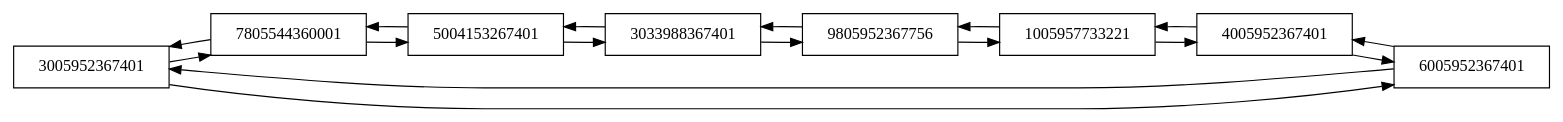
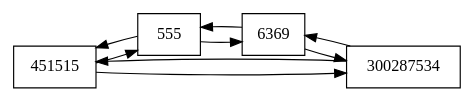
Before and after one commit to Angel357/-EDD-Proyecto2: the diagram in Proyecto2/graphListaC.dot, drawn with Graphviz. The commit also changed 28 other files, not shown here.

```diff
--- a/Proyecto2/graphListaC.dot
+++ b/Proyecto2/graphListaC.dot
@@ -1,28 +1,16 @@
 digraph {
 node[shape=box];
 rankdir=LR;
-3005952367401[shape=box, label="3005952367401"]; 
-3005952367401->7805544360001
-3005952367401->6005952367401
-7805544360001[shape=box, label="7805544360001"]; 
-7805544360001->5004153267401
-7805544360001->3005952367401
-5004153267401[shape=box, label="5004153267401"]; 
-5004153267401->3033988367401
-5004153267401->7805544360001
-3033988367401[shape=box, label="3033988367401"]; 
-3033988367401->9805952367756
-3033988367401->5004153267401
-9805952367756[shape=box, label="9805952367756"]; 
-9805952367756->1005957733221
-9805952367756->3033988367401
-1005957733221[shape=box, label="1005957733221"]; 
-1005957733221->4005952367401
-1005957733221->9805952367756
-4005952367401[shape=box, label="4005952367401"]; 
-4005952367401->6005952367401
-4005952367401->1005957733221
-6005952367401[shape=box, label="6005952367401"]; 
-6005952367401->3005952367401
-6005952367401->4005952367401
+451515[shape=box, label="451515"]; 
+451515->555
+451515->300287534
+555[shape=box, label="555"]; 
+555->6369
+555->451515
+6369[shape=box, label="6369"]; 
+6369->300287534
+6369->555
+300287534[shape=box, label="300287534"]; 
+300287534->451515
+300287534->6369
  }
```
